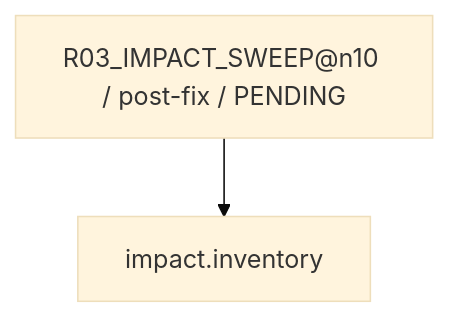
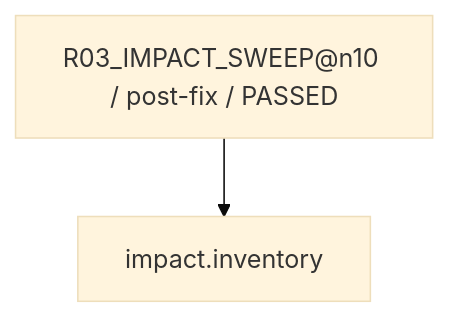
Before and after one commit to rrikunagasige-dot/kyotsu-step-web: diagram 28 of 30 in work/items/W-MATH-035-choice-order-factor-audit/generated/CAPABILITY_FIRE_DIAGRAM.md, drawn with Mermaid (base theme). The commit also changed other lines of this file and 661 other files, not shown here.

````diff
--- a/work/items/W-MATH-035-choice-order-factor-audit/generated/CAPABILITY_FIRE_DIAGRAM.md
+++ b/work/items/W-MATH-035-choice-order-factor-audit/generated/CAPABILITY_FIRE_DIAGRAM.md
@@ -438,6 +438,6 @@
 ```mermaid
 flowchart TD
-  N0["R03_IMPACT_SWEEP@n10 / post-fix / PENDING"]
+  N0["R03_IMPACT_SWEEP@n10 / post-fix / PASSED"]
   N1["impact.inventory"]
   N0 --> N1
 ```
````
